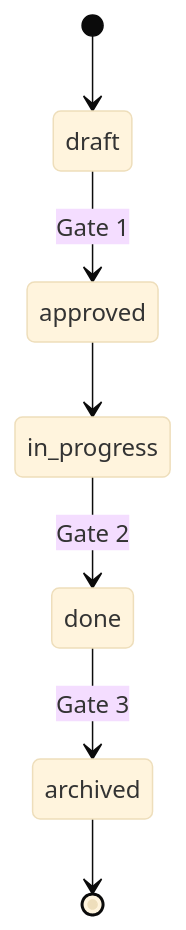
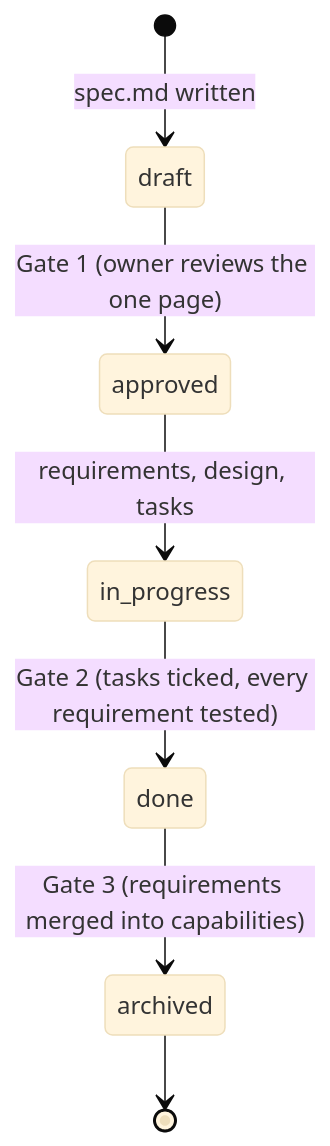
One commit to eaceto/spec-driven-development changed the diagram in docs/index.md. Above: the diagram before and after it, drawn with Mermaid (base theme). The commit also changed other lines of this file and 3 other files, not shown here.

````diff
--- a/docs/index.md
+++ b/docs/index.md
@@ -5,9 +11,9 @@
 ```mermaid
 stateDiagram-v2
-    [*] --> draft
-    draft --> approved: Gate 1
-    approved --> in_progress
-    in_progress --> done: Gate 2
-    done --> archived: Gate 3
+    [*] --> draft: spec.md written
+    draft --> approved: Gate 1 (owner reviews the one page)
+    approved --> in_progress: requirements, design, tasks
+    in_progress --> done: Gate 2 (tasks ticked, every requirement tested)
+    done --> archived: Gate 3 (requirements merged into capabilities)
     archived --> [*]
 ```
````
